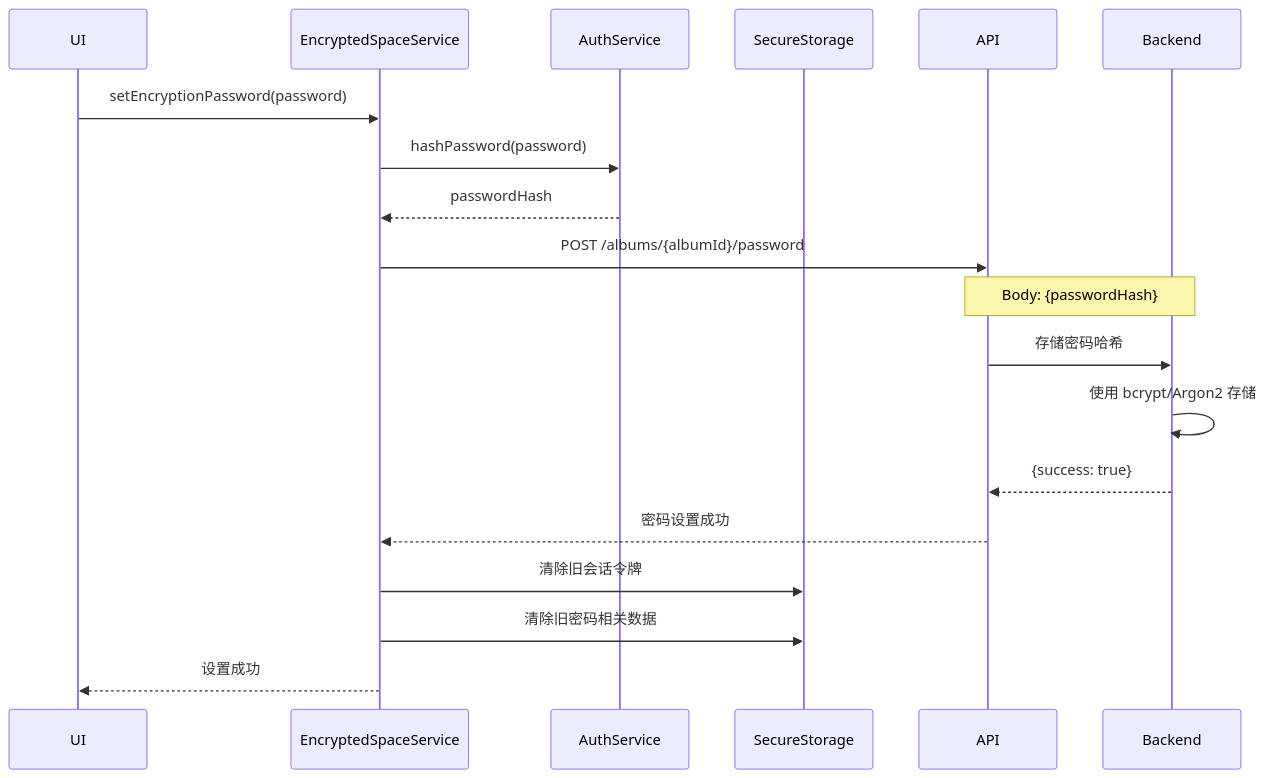
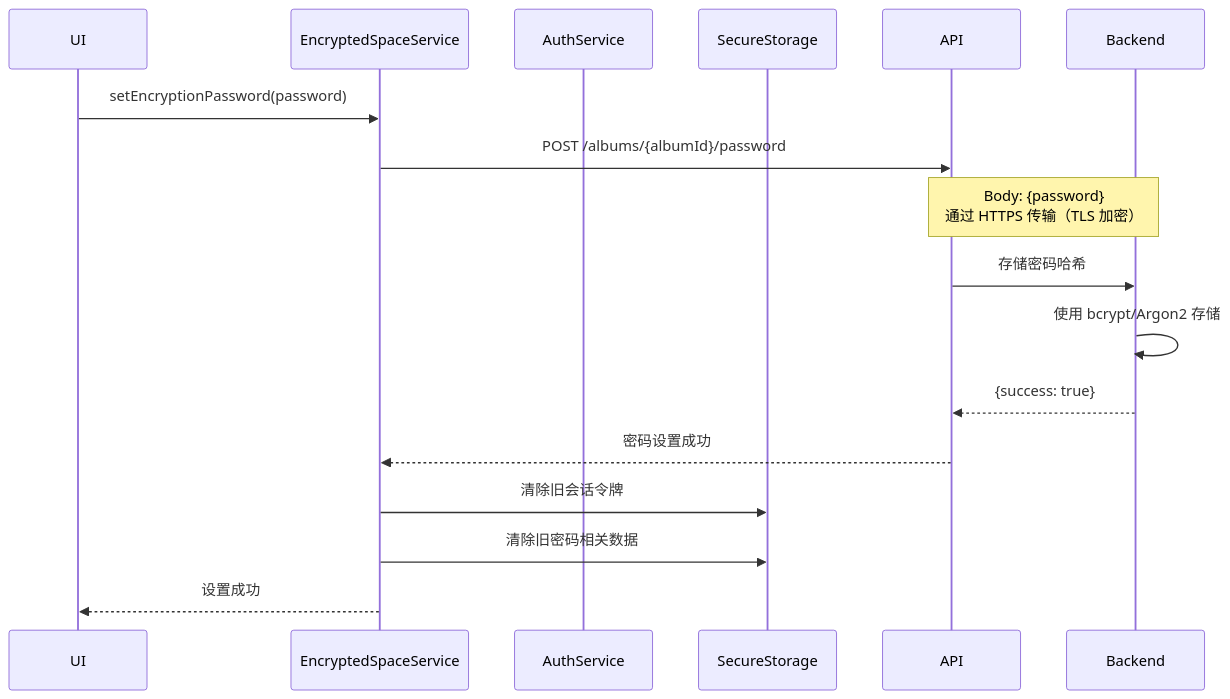
Before and after one commit to skyline93/prismbox: the first of 8 diagrams in prismbox_mobile/doc/modules/加密空间功能详细方案.md, drawn with Mermaid. The commit also changed other lines of this file and 6 other files, not shown here.

First line of the commit message:
Implement user-configurable auto-lock timeout for encrypted space

````diff
--- a/prismbox_mobile/doc/modules/加密空间功能详细方案.md
+++ b/prismbox_mobile/doc/modules/加密空间功能详细方案.md
@@ -167,26 +185,23 @@
 ```mermaid
 sequenceDiagram
     participant UI
     participant EncryptedSpaceService
     participant AuthService
     participant SecureStorage
     participant API
     participant Backend
 
     UI->>EncryptedSpaceService: setEncryptionPassword(password)
     
-    EncryptedSpaceService->>AuthService: hashPassword(password)
-    AuthService-->>EncryptedSpaceService: passwordHash
-    
     EncryptedSpaceService->>API: POST /albums/{albumId}/password
-    Note over API,Backend: Body: {passwordHash}
+    Note over API,Backend: Body: {password}<br/>通过 HTTPS 传输（TLS 加密）
     API->>Backend: 存储密码哈希
     Backend->>Backend: 使用 bcrypt/Argon2 存储
     Backend-->>API: {success: true}
     API-->>EncryptedSpaceService: 密码设置成功
     
     EncryptedSpaceService->>SecureStorage: 清除旧会话令牌
     EncryptedSpaceService->>SecureStorage: 清除旧密码相关数据
     
     EncryptedSpaceService-->>UI: 设置成功
 ```
````
